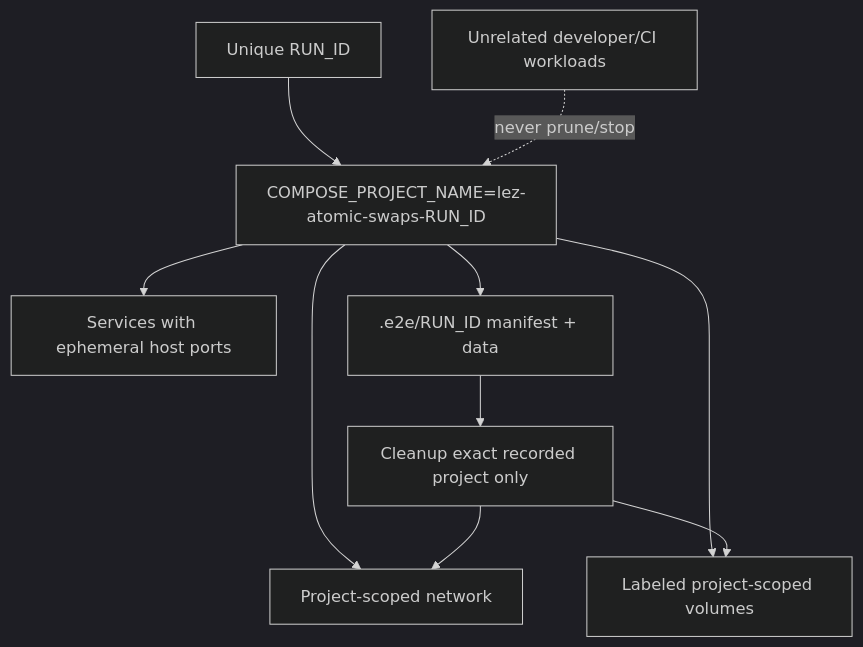
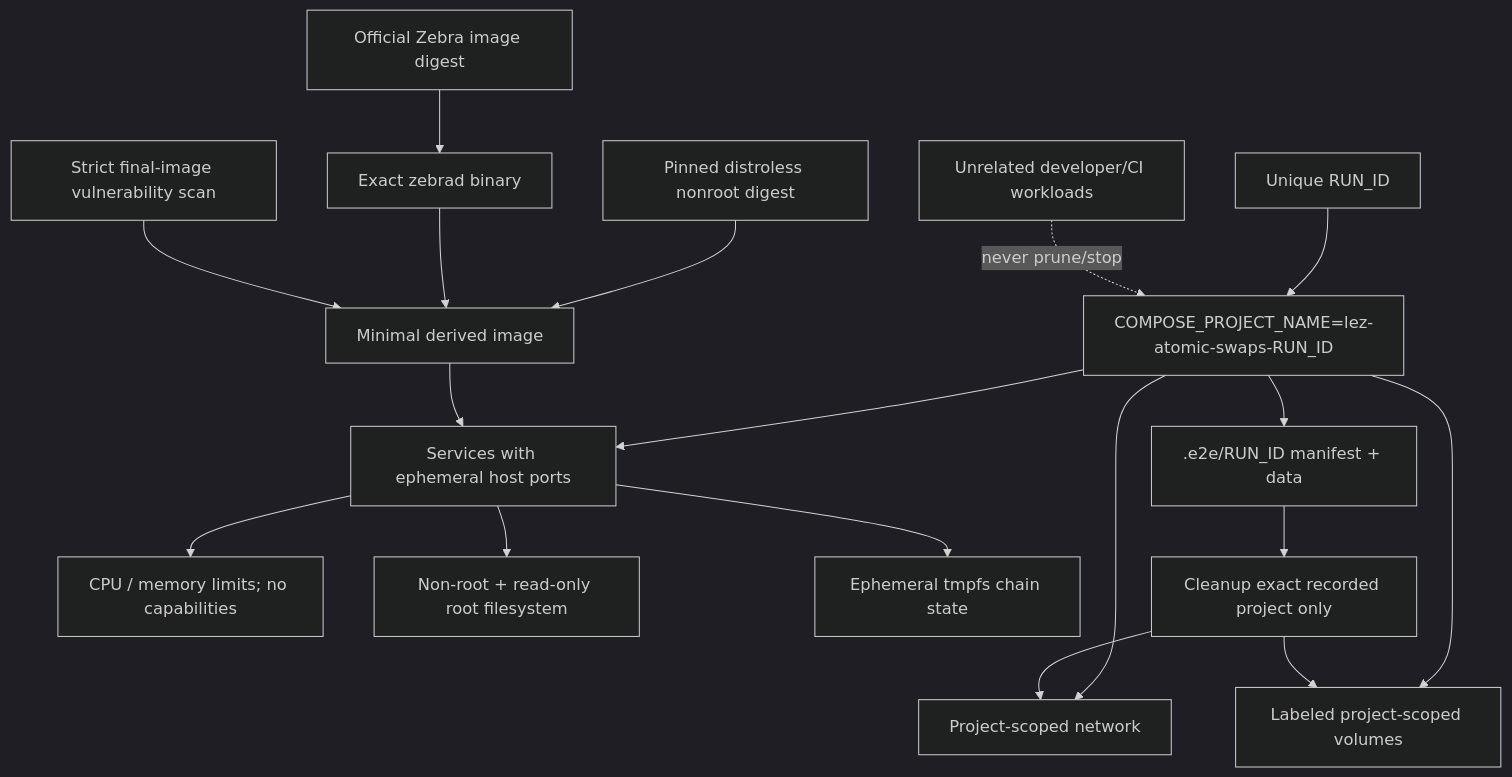
The diagram in docs/architecture/0005-docker-isolation.md (gateway-fm/lez-atomic-swaps), drawn with Mermaid (dark theme) before and after one commit. The commit also changed other lines of this file and 25 other files, not shown here.

````diff
--- a/docs/architecture/0005-docker-isolation.md
+++ b/docs/architecture/0005-docker-isolation.md
@@ -5,12 +5,20 @@
 ```mermaid
 flowchart TB
     Run["Unique RUN_ID"] --> Project["COMPOSE_PROJECT_NAME=lez-atomic-swaps-RUN_ID"]
     Project --> Network["Project-scoped network"]
     Project --> Volumes["Labeled project-scoped volumes"]
     Project --> Services["Services with ephemeral host ports"]
+    Official["Official Zebra image digest"] --> Binary["Exact zebrad binary"]
+    Base["Pinned distroless nonroot digest"] --> Image["Minimal derived image"]
+    Binary --> Image
+    Scan["Strict final-image vulnerability scan"] --> Image
+    Image --> Services
+    Services --> Caps["CPU / memory limits; no capabilities"]
+    Services --> Root["Non-root + read-only root filesystem"]
+    Services --> Tmpfs["Ephemeral tmpfs chain state"]
     Project --> Data[".e2e/RUN_ID manifest + data"]
     Data --> Cleanup["Cleanup exact recorded project only"]
     Cleanup --> Network
     Cleanup --> Volumes
     Other["Unrelated developer/CI workloads"] -. "never prune/stop" .-> Project
 ```
````
